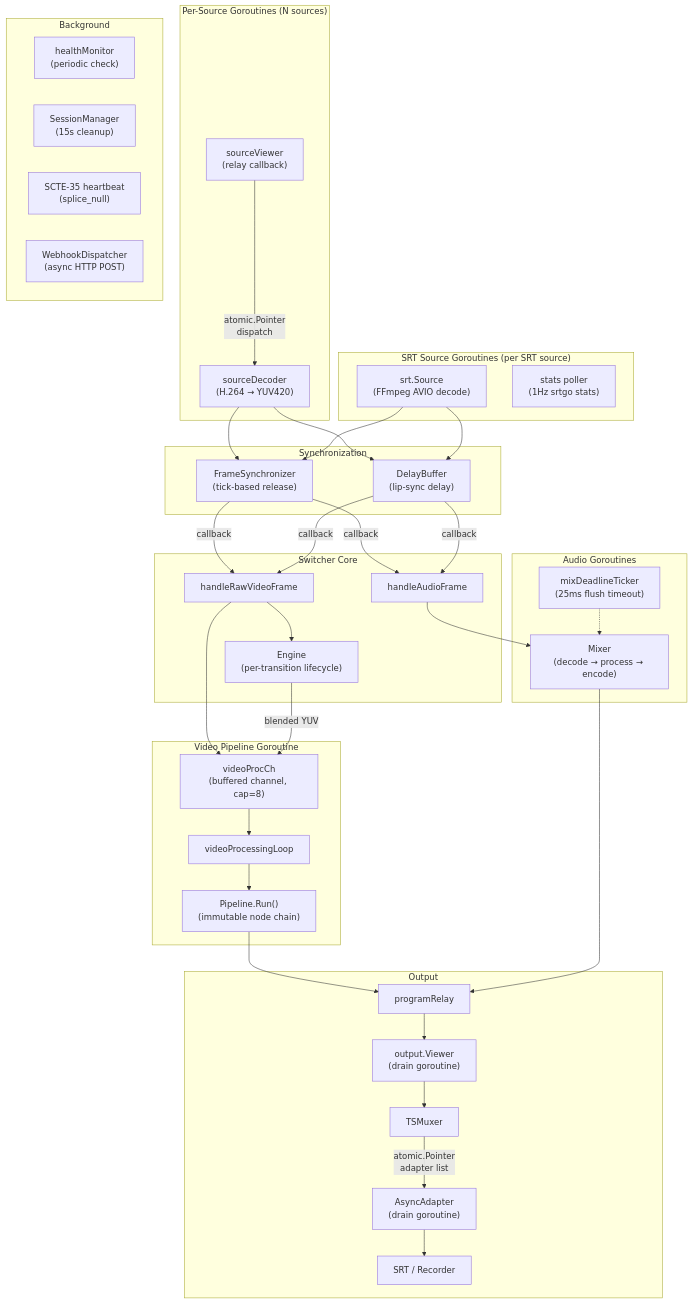
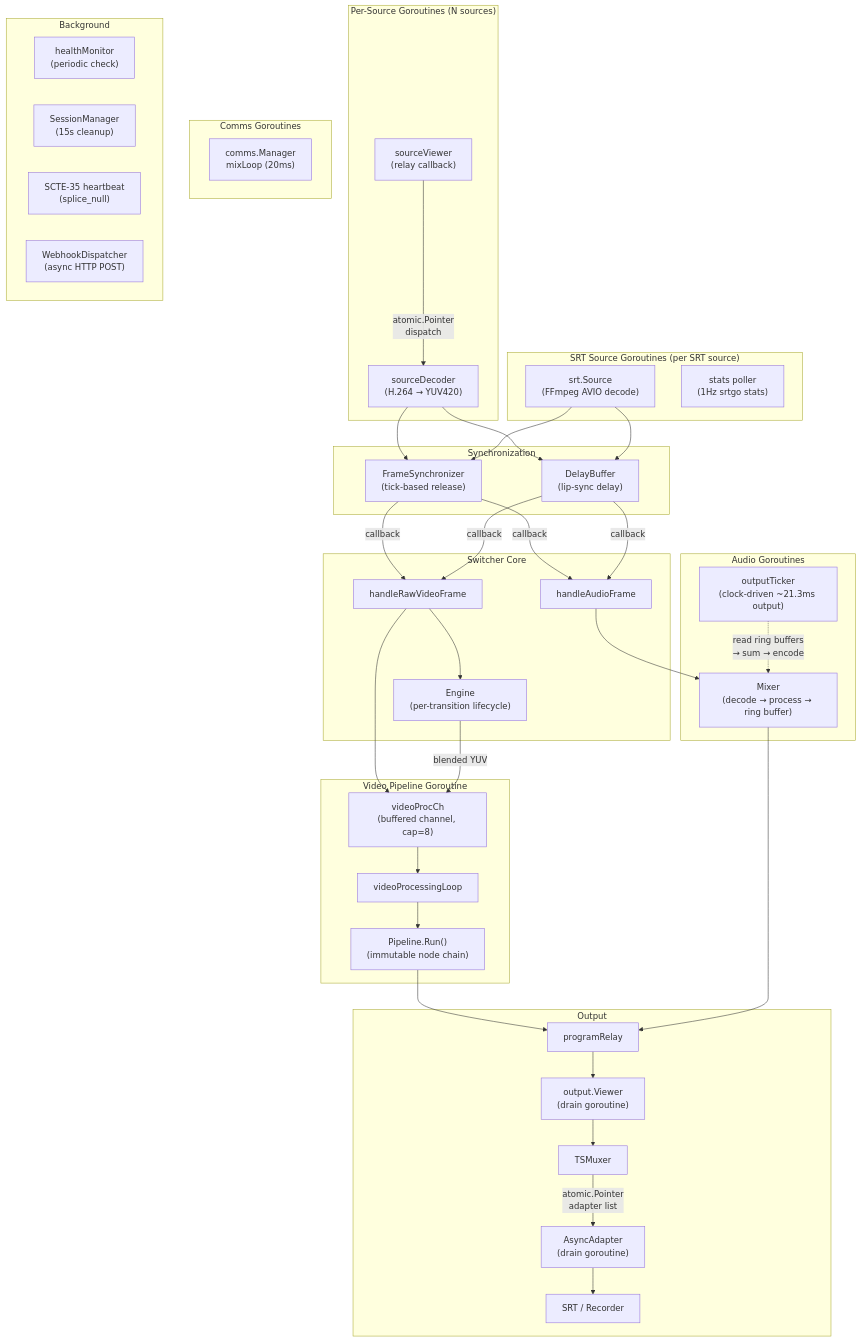
Before and after one commit to zsiec/switchframe: the first of 7 diagrams in docs/locking-and-concurrency.md, drawn with Mermaid. The commit also changed other lines of this file and 5 other files, not shown here.

First line of the commit message:
docs: add comms, replay, preview, audio mixer

````diff
--- a/docs/locking-and-concurrency.md
+++ b/docs/locking-and-concurrency.md
@@ -35,72 +35,76 @@
 ```mermaid
 flowchart TD
     subgraph sources ["Per-Source Goroutines (N sources)"]
         sv["sourceViewer<br/>(relay callback)"]
         sd["sourceDecoder<br/>(H.264 → YUV420)"]
         sv -->|"atomic.Pointer<br/>dispatch"| sd
     end
 
     subgraph srtsources ["SRT Source Goroutines (per SRT source)"]
         srtdec["srt.Source<br/>(FFmpeg AVIO decode)"]
         srtstat["stats poller<br/>(1Hz srtgo stats)"]
     end
 
     subgraph sync ["Synchronization"]
         fs["FrameSynchronizer<br/>(tick-based release)"]
         db["DelayBuffer<br/>(lip-sync delay)"]
     end
 
     subgraph core ["Switcher Core"]
         hrvf["handleRawVideoFrame"]
         haf["handleAudioFrame"]
         te["Engine<br/>(per-transition lifecycle)"]
     end
 
     subgraph pipeline ["Video Pipeline Goroutine"]
         vpc["videoProcCh<br/>(buffered channel, cap=8)"]
         vpl["videoProcessingLoop"]
         pipe["Pipeline.Run()<br/>(immutable node chain)"]
     end
 
     subgraph audio ["Audio Goroutines"]
-        mix["Mixer<br/>(decode → process → encode)"]
-        tick["mixDeadlineTicker<br/>(25ms flush timeout)"]
+        mix["Mixer<br/>(decode → process → ring buffer)"]
+        tick["outputTicker<br/>(clock-driven ~21.3ms output)"]
+    end
+
+    subgraph comms ["Comms Goroutines"]
+        cmix["comms.Manager<br/>mixLoop (20ms)"]
     end
 
     subgraph output ["Output"]
         pr["programRelay"]
         ov["output.Viewer<br/>(drain goroutine)"]
         mux["TSMuxer"]
         aa["AsyncAdapter<br/>(drain goroutine)"]
         srt["SRT / Recorder"]
     end
 
     subgraph bg ["Background"]
         hm["healthMonitor<br/>(periodic check)"]
         sm["SessionManager<br/>(15s cleanup)"]
         hb["SCTE-35 heartbeat<br/>(splice_null)"]
         wh["WebhookDispatcher<br/>(async HTTP POST)"]
     end
 
     sd --> fs
     sd --> db
     srtdec --> fs
     srtdec --> db
     fs -->|callback| hrvf
     db -->|callback| hrvf
     fs -->|callback| haf
     db -->|callback| haf
     hrvf --> te
     hrvf --> vpc
     te -->|blended YUV| vpc
     vpc --> vpl
     vpl --> pipe
     pipe --> pr
     haf --> mix
-    tick -.-> mix
+    tick -.->|"read ring buffers<br/>→ sum → encode"| mix
     mix --> pr
     pr --> ov
     ov --> mux
     mux -->|"atomic.Pointer<br/>adapter list"| aa
     aa --> srt
 ```
````
